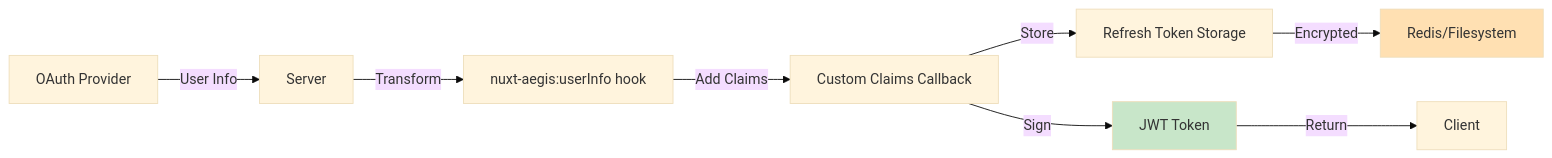
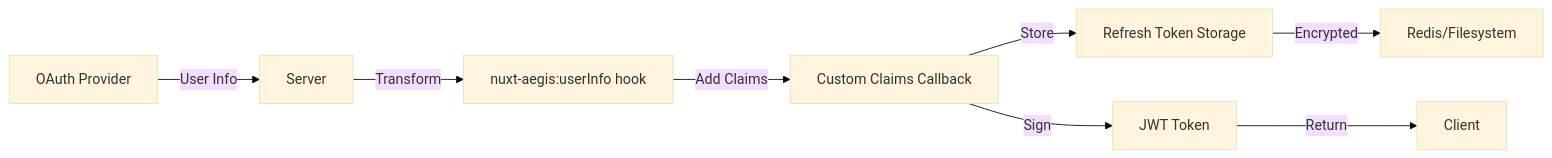
Before and after one commit to peterbud/nuxt-aegis: the sixth of 7 diagrams in docs/architecture/index.md, drawn with Mermaid (base theme). The commit also changed other lines of this file and 7 other files, not shown here.

Commit message:
feat(docs): add mermaid rendering

````diff
--- a/docs/architecture/index.md
+++ b/docs/architecture/index.md
@@ -164,13 +146,10 @@
 ```mermaid
 graph LR
     A[OAuth Provider] -->|User Info| B[Server]
     B -->|Transform| C[nuxt-aegis:userInfo hook]
     C -->|Add Claims| D[Custom Claims Callback]
     D -->|Store| E[Refresh Token Storage]
     D -->|Sign| F[JWT Token]
     E -->|Encrypted| G[Redis/Filesystem]
     F -->|Return| H[Client]
-    
-    style G fill:#FFE0B2
-    style F fill:#C8E6C9
 ```
````
